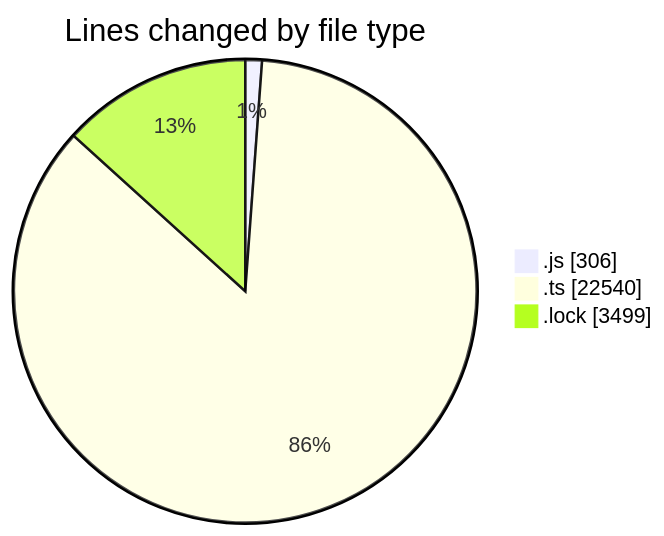
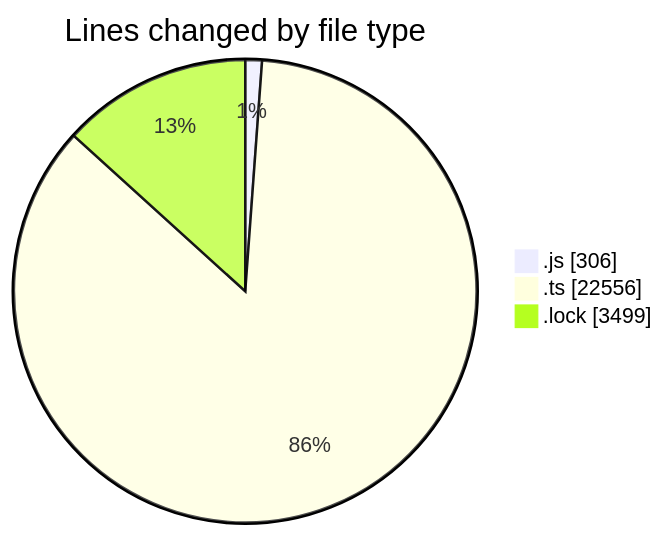
Before and after one commit to momahboobian/code-tracking: the first of 2 diagrams in 2025-05-27/cda/README.md, drawn with Mermaid. The commit also changed other lines of this file and 1 other file, not shown here.

````diff
--- a/2025-05-27/cda/README.md
+++ b/2025-05-27/cda/README.md
@@ -28,7 +28,7 @@
 ```mermaid
 pie showData
 title Lines changed by file type
 ".js" : 306
-".ts" : 22540
+".ts" : 22556
 ".lock" : 3499
 ```
````
